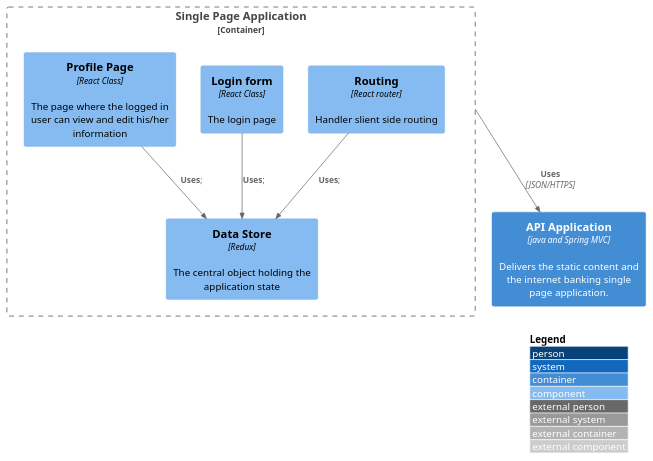
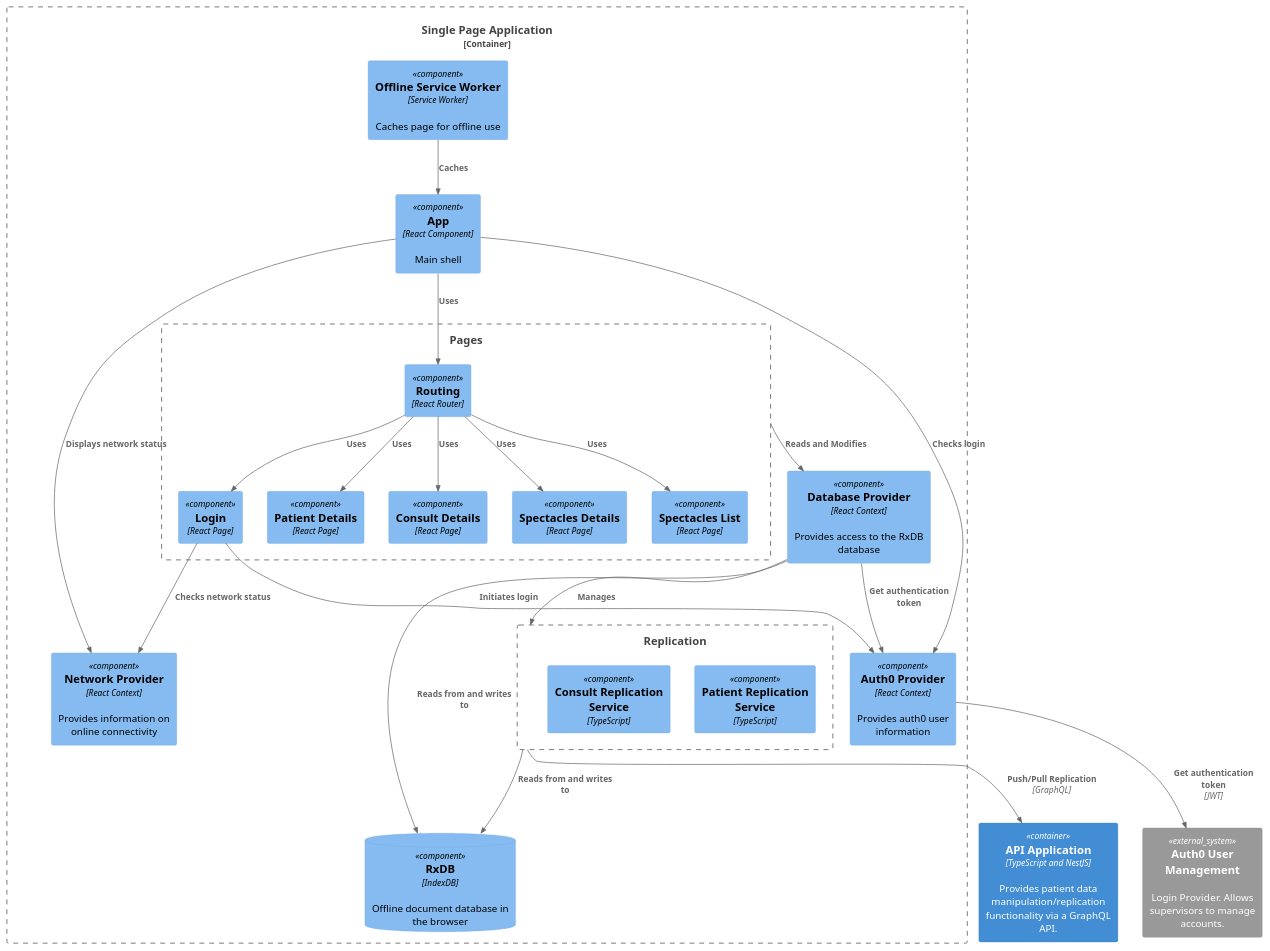
One commit to University-of-Auckland-SOFTENG761/supervision changed the diagram in apps/c4-diagram/src/SuperVision/Single Page Application/component.puml. Above: the diagram before and after it, drawn with PlantUML. The commit also changed 2 other files, not shown here.

Commit message:
add SPA component diagram

```diff
--- a/apps/c4-diagram/src/SuperVision/Single Page Application/component.puml
+++ b/apps/c4-diagram/src/SuperVision/Single Page Application/component.puml
@@ -1,21 +1,64 @@
 @startuml
 !include https://raw.githubusercontent.com/adrianvlupu/C4-PlantUML/latest/C4_Component.puml
 
-LAYOUT_WITH_LEGEND()
-
-Container(api, "API Application", "java and Spring MVC", "Delivers the static content and the internet banking single page application.")
+Container(api, "API Application", "TypeScript and NestJS", "Provides patient data manipulation/replication functionality via a GraphQL API.")
+System_Ext(auth0, "Auth0 User Management", "Login Provider. Allows supervisors to manage accounts.")
 
 Container_Boundary(spa, "Single Page Application") {
-    Component(routing, "Routing", "React router", "Handler slient side routing")
-    Component(store, "Data Store", "Redux", "The central object holding the application state")
-    Component(login, "Login form", "React Class", "The login page")
-    Component(profile, "Profile Page", "React Class", "The page where the logged in user can view and edit his/her information")
+    Component(sw, "Offline Service Worker", Service Worker, "Caches page for offline use")
+
+    Component(netProvider, "Network Provider", "React Context", "Provides information on online connectivity")
+    Component(auth0Provider, "Auth0 Provider", "React Context", "Provides auth0 user information")
+    Component(databaseProvider, "Database Provider", "React Context", "Provides access to the RxDB database")
+
+    Component(app, "App", "React Component", Main shell)
+
+
+    Boundary(pages, "Pages"){
+    Component(routing, Routing, React Router)
+    Component(patientDetails, Patient Details, "React Page")
+    Component(consultDetails, Consult Details, "React Page")
+    Component(spectaclesDetails, Spectacles Details, "React Page")
+    Component(spectaclesList, Spectacles List, "React Page")
+    Component(login, Login, "React Page")
+
+    Rel(routing, patientDetails, "Uses")
+    Rel(routing, consultDetails, "Uses")
+    Rel(routing, login, "Uses")
+    Rel(routing, spectaclesDetails, "Uses")
+    Rel(routing, spectaclesList, "Uses")
+    }
+
+    Boundary(repl, "Replication"){
+      Component(patientReplication, Patient Replication Service, "TypeScript")
+      Component(consultReplication, Consult Replication Service, "TypeScript")
+    }
+
+    Rel(app, auth0Provider, Checks login)
+    Rel(app, netProvider, Displays network status)
+
+    Rel(app, routing, "Uses")
+
+    Rel(login, auth0Provider, "Initiates login")
+    Rel(login, netProvider, "Checks network status")
+
+    Rel(pages, databaseProvider, "Reads and Modifies")
+
+    Rel(databaseProvider, auth0Provider, "Get authentication token")
+
+    Rel(databaseProvider, repl, "Manages")
+
+    ComponentDb(rxdb, RxDB, "IndexDB", Offline document database in the browser)
+    Rel(databaseProvider, rxdb, "Reads from and writes to")
+    Rel(repl, rxdb, "Reads from and writes to")
+
+    Rel(sw, app, Caches)
 }
 
-Rel(spa, api, "Uses", "JSON/HTTPS")
 
-Rel(login, store, "Uses");
-Rel(routing, store, "Uses");
-Rel(profile, store, "Uses");
+
+Rel(repl, api, Push/Pull Replication, GraphQL)
+
+Rel(auth0Provider, auth0, Get authentication token, JWT)
 
 @enduml
```
